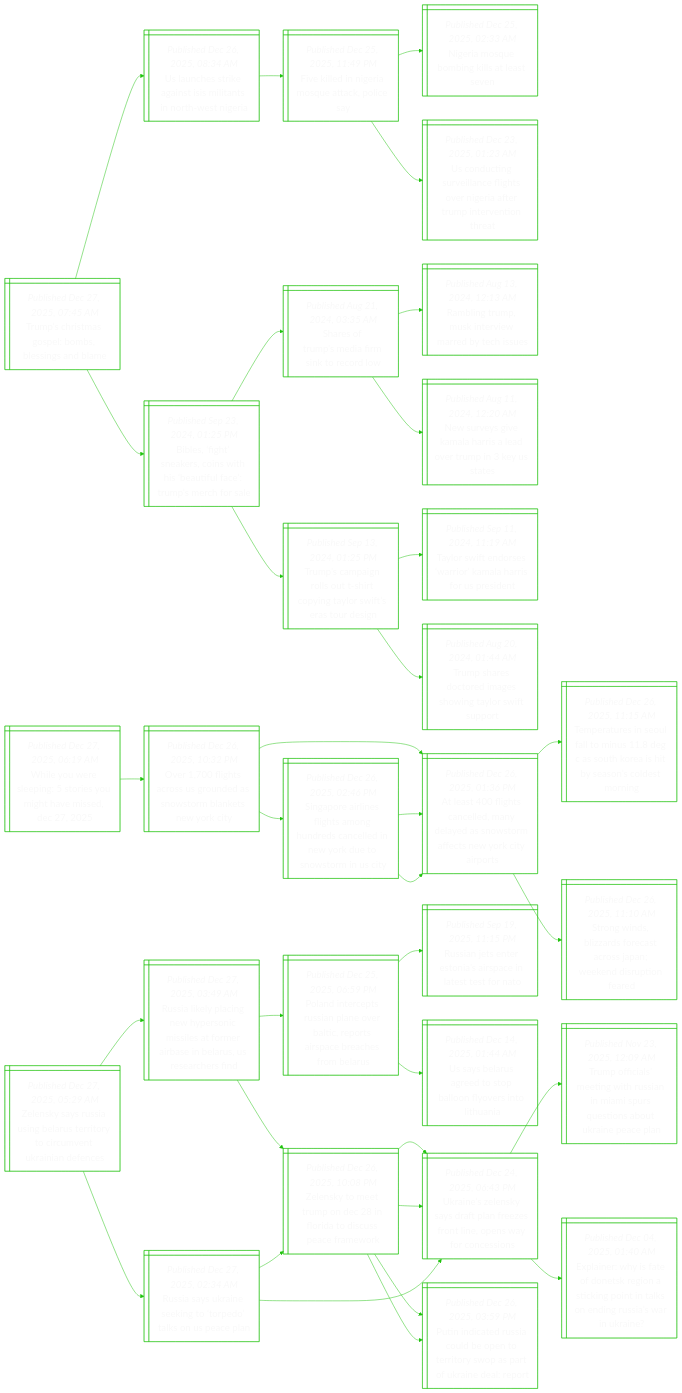
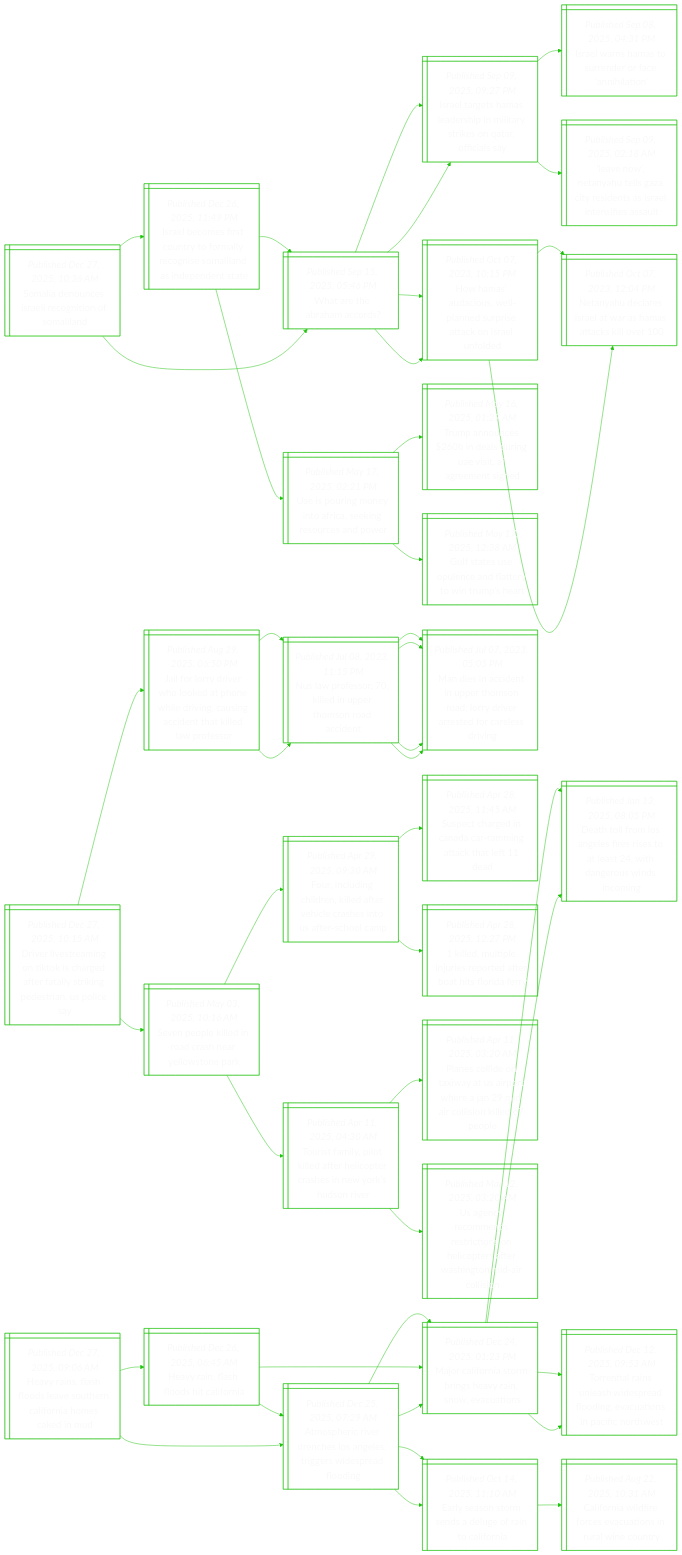
The diagram in README.md (notJmes/notJmes), drawn with Mermaid before and after one commit. The commit also changed other lines of this file, not shown here.

````diff
--- a/README.md
+++ b/README.md
@@ -16,112 +16,139 @@
 flowchart LR
 classDef txtsize font-size:20px;
 
-Tssglssaa@{ shape: win-pane, label: "_Published Dec 27, 2025, 07:45 AM_
-Trump’s christmas gospel: bombs, blessings and blame" }
-UnsenIisrse@{ shape: win-pane, label: "_Published Dec 26, 2025, 08:34 AM_
-Us launches strike against isis militants in north-west nigeria" }
-Fiieoakc@{ shape: win-pane, label: "_Published Dec 25, 2025, 11:49 PM_
-Five killed in nigeria mosque attack, police say" }
-Niqmkase@{ shape: win-pane, label: "_Published Dec 25, 2025, 02:33 AM_
-Nigeria mosque bombing kills at least seven" }
-UdnvalsNiemeth@{ shape: win-pane, label: "_Published Dec 23, 2025, 01:23 AM_
-Us conducting surveillance flights over nigeria after trump intervention threat" }
-Bstkoistfrmfl@{ shape: win-pane, label: "_Published Sep 23, 2024, 01:25 PM_
-Bibles, ‘fight’ sneakers, coins with his ‘beautiful face’: trump’s merch for sale" }
-Ssueinel@{ shape: win-pane, label: "_Published Aug 21, 2024, 03:35 AM_
-Shares of trump’s media firm sink to record low" }
-Riusewees@{ shape: win-pane, label: "_Published Aug 13, 2024, 12:13 AM_
-Rambling trump, musk interview marred by tech issues" }
-NrgaHsdTiUt@{ shape: win-pane, label: "_Published Aug 11, 2024, 12:20 AM_
-New surveys give kamala harris a lead over trump in 3 key us states" }
-TsaouipTrtsdn@{ shape: win-pane, label: "_Published Sep 13, 2024, 01:25 PM_
-Trump’s campaign rolls out t-shirt copying taylor swift’s eras tour design" }
-Trtrarlrren@{ shape: win-pane, label: "_Published Sep 11, 2024, 11:19 AM_
-Taylor swift endorses ‘warrior’ kamala harris for us president" }
-Tssomsnlip@{ shape: win-pane, label: "_Published Aug 20, 2024, 01:44 AM_
-Trump shares doctored images showing taylor swift support" }
+Siosectfld@{ shape: win-pane, label: "_Published Dec 27, 2025, 10:36 AM_
+Somalia denounces israeli recognition of somaliland" }
+Ilmrutmrnolspnt@{ shape: win-pane, label: "_Published Dec 26, 2025, 11:49 PM_
+Israel becomes first country to formally recognise somaliland as independent state" }
+WrAao@{ shape: win-pane, label: "_Published Sep 15, 2025, 05:46 PM_
+What are the abraham accords?" }
+Ilemahmaroais@{ shape: win-pane, label: "_Published Sep 09, 2025, 09:27 PM_
+Israel targets hamas leadership in military strikes on qatar, officials say" }
+Hmdulnrecsud@{ shape: win-pane, label: "_Published Oct 07, 2023, 10:15 PM_
+How hamas’ audacious, well-planned surprise attack on israel unfolded" }
+Upneockecdr@{ shape: win-pane, label: "_Published May 17, 2025, 02:21 PM_
+Uae is pouring money into africa, seeking resources and power" }
+TaniliEtrnn@{ shape: win-pane, label: "_Published May 16, 2025, 01:27 AM_
+Trump announces $260b in deals during uae visit, ai agreement signed" }
+Gtuuelrima@{ shape: win-pane, label: "_Published May 17, 2025, 12:38 AM_
+Gulf states use opulence and flattery to win trump’s heart" }
+WrAao@{ shape: win-pane, label: "_Published Sep 15, 2025, 05:46 PM_
+What are the abraham accords?" }
+Ilemahmaroais@{ shape: win-pane, label: "_Published Sep 09, 2025, 09:27 PM_
+Israel targets hamas leadership in military strikes on qatar, officials say" }
+Ilssreana@{ shape: win-pane, label: "_Published Sep 08, 2025, 04:31 PM_
+Israel warns hamas to surrender or face ‘annihilation’" }
+Lnthlareseeis@{ shape: win-pane, label: "_Published Sep 09, 2025, 02:18 AM_
+‘leave now’, netanyahu tells gaza city residents as israel intensifies assault" }
+Hmdulnrecsud@{ shape: win-pane, label: "_Published Oct 07, 2023, 10:15 PM_
+How hamas’ audacious, well-planned surprise attack on israel unfolded" }
+NyeeawHakl@{ shape: win-pane, label: "_Published Oct 07, 2023, 12:04 PM_
+Netanyahu declares israel at war as hamas attacks kill over 100" }
+NyeeawHakl@{ shape: win-pane, label: "_Published Oct 07, 2023, 12:04 PM_
+Netanyahu declares israel at war as hamas attacks kill over 100" }
 
-Tssglssaa:::txtsize --> UnsenIisrse:::txtsize
-UnsenIisrse:::txtsize --> Fiieoakc:::txtsize
-Fiieoakc:::txtsize --> Niqmkase:::txtsize
-Fiieoakc:::txtsize --> UdnvalsNiemeth:::txtsize
-Tssglssaa:::txtsize --> Bstkoistfrmfl:::txtsize
-Bstkoistfrmfl:::txtsize --> Ssueinel:::txtsize
-Ssueinel:::txtsize --> Riusewees:::txtsize
-Ssueinel:::txtsize --> NrgaHsdTiUt:::txtsize
-Bstkoistfrmfl:::txtsize --> TsaouipTrtsdn:::txtsize
-TsaouipTrtsdn:::txtsize --> Trtrarlrren:::txtsize
-TsaouipTrtsdn:::txtsize --> Tssomsnlip:::txtsize
+Siosectfld:::txtsize --> Ilmrutmrnolspnt:::txtsize
+Ilmrutmrnolspnt:::txtsize --> WrAao:::txtsize
+WrAao:::txtsize --> Ilemahmaroais:::txtsize
+WrAao:::txtsize --> Hmdulnrecsud:::txtsize
+Ilmrutmrnolspnt:::txtsize --> Upneockecdr:::txtsize
+Upneockecdr:::txtsize --> TaniliEtrnn:::txtsize
+Upneockecdr:::txtsize --> Gtuuelrima:::txtsize
+Siosectfld:::txtsize --> WrAao:::txtsize
+WrAao:::txtsize --> Ilemahmaroais:::txtsize
+Ilemahmaroais:::txtsize --> Ilssreana:::txtsize
+Ilemahmaroais:::txtsize --> Lnthlareseeis:::txtsize
+WrAao:::txtsize --> Hmdulnrecsud:::txtsize
+Hmdulnrecsud:::txtsize --> NyeeawHakl:::txtsize
+Hmdulnrecsud:::txtsize --> NyeeawHakl:::txtsize
 
-WYresemhiD@{ shape: win-pane, label: "_Published Dec 27, 2025, 06:19 AM_
-While you were sleeping: 5 stories you might have missed, dec 27, 2025" }
-Olssrenoasot@{ shape: win-pane, label: "_Published Dec 26, 2025, 10:32 PM_
-Over 1,700 flights across us grounded as snowstorm blankets new york city" }
-AsgalnassatYirs@{ shape: win-pane, label: "_Published Dec 26, 2025, 01:36 PM_
-At least 400 flights cancelled, many delayed as snowstorm affects new york city airports" }
-Treeamdshatacsn@{ shape: win-pane, label: "_Published Dec 26, 2025, 11:15 AM_
-Temperatures in seoul fall to minus 11.8 deg c as south korea is hit by season’s coldest morning" }
-Sgszfaraedune@{ shape: win-pane, label: "_Published Dec 26, 2025, 11:10 AM_
-Strong winds, blizzards forecast across japan; weekend disruption feared" }
-Spiegmudcdwdstnt@{ shape: win-pane, label: "_Published Dec 26, 2025, 02:46 PM_
-Singapore airlines flights among hundreds cancelled in new york due to snowstorm in us city" }
-AsgalnassatYirs@{ shape: win-pane, label: "_Published Dec 26, 2025, 01:36 PM_
-At least 400 flights cancelled, many delayed as snowstorm affects new york city airports" }
-AsgalnassatYirs@{ shape: win-pane, label: "_Published Dec 26, 2025, 01:36 PM_
-At least 400 flights cancelled, many delayed as snowstorm affects new york city airports" }
+Drsmnohdrlrgsnla@{ shape: win-pane, label: "_Published Dec 27, 2025, 10:15 AM_
+Driver livestreaming on tiktok is charged after fatally striking pedestrian, us police say" }
+Jorvoehhrgictkdrs@{ shape: win-pane, label: "_Published Aug 29, 2025, 06:50 PM_
+Jail for lorry driver who looked at phone while driving, causing accident that killed law professor" }
+NwekdpoRcn@{ shape: win-pane, label: "_Published Jul 08, 2023, 11:15 PM_
+Nus law professor, 70, killed in upper thomson road accident" }
+Mecnphnldrsoedn@{ shape: win-pane, label: "_Published Jul 07, 2023, 05:05 PM_
+Man dies in accident in upper thomson road; lorry driver arrested for careless driving" }
+Mecnphnldrsoedn@{ shape: win-pane, label: "_Published Jul 07, 2023, 05:05 PM_
+Man dies in accident in upper thomson road; lorry driver arrested for careless driving" }
+NwekdpoRcn@{ shape: win-pane, label: "_Published Jul 08, 2023, 11:15 PM_
+Nus law professor, 70, killed in upper thomson road accident" }
+Mecnphnldrsoedn@{ shape: win-pane, label: "_Published Jul 07, 2023, 05:05 PM_
+Man dies in accident in upper thomson road; lorry driver arrested for careless driving" }
+Mecnphnldrsoedn@{ shape: win-pane, label: "_Published Jul 07, 2023, 05:05 PM_
+Man dies in accident in upper thomson road; lorry driver arrested for careless driving" }
+Speeoaalor@{ shape: win-pane, label: "_Published May 03, 2025, 10:16 AM_
+Seven people killed in road crash near yellowstone park" }
+FniineeirsUeom@{ shape: win-pane, label: "_Published Apr 29, 2025, 09:30 AM_
+Four, including children, killed after vehicle crashes into us after-school camp" }
+Scrndrnaat@{ shape: win-pane, label: "_Published Apr 28, 2025, 11:45 AM_
+Suspect charged in canada car-ramming attack that left 11 dead" }
+kdineoabiof@{ shape: win-pane, label: "_Published Apr 28, 2025, 12:27 PM_
+1 killed, multiple injuries reported after boat hits florida ferry" }
+Tsillfeprswsoe@{ shape: win-pane, label: "_Published Apr 11, 2025, 04:30 AM_
+Tourist family, pilot killed after helicopter crashes in new york’s hudson river" }
+PsitaSoeaalolo@{ shape: win-pane, label: "_Published Apr 11, 2025, 03:20 AM_
+Planes collide on taxiway at us airport where a jan 29 mid-air collision killed 67 people" }
+Uncnstoietstdoi@{ shape: win-pane, label: "_Published Mar 12, 2025, 03:20 AM_
+Us agency recommends restrictions on helicopters after washington mid-air collision" }
 
-WYresemhiD:::txtsize --> Olssrenoasot:::txtsize
-Olssrenoasot:::txtsize --> AsgalnassatYirs:::txtsize
-AsgalnassatYirs:::txtsize --> Treeamdshatacsn:::txtsize
-AsgalnassatYirs:::txtsize --> Sgszfaraedune:::txtsize
-Olssrenoasot:::txtsize --> Spiegmudcdwdstnt:::txtsize
-Spiegmudcdwdstnt:::txtsize --> AsgalnassatYirs:::txtsize
-Spiegmudcdwdstnt:::txtsize --> AsgalnassatYirs:::txtsize
+Drsmnohdrlrgsnla:::txtsize --> Jorvoehhrgictkdrs:::txtsize
+Jorvoehhrgictkdrs:::txtsize --> NwekdpoRcn:::txtsize
+NwekdpoRcn:::txtsize --> Mecnphnldrsoedn:::txtsize
+NwekdpoRcn:::txtsize --> Mecnphnldrsoedn:::txtsize
+Jorvoehhrgictkdrs:::txtsize --> NwekdpoRcn:::txtsize
+NwekdpoRcn:::txtsize --> Mecnphnldrsoedn:::txtsize
+NwekdpoRcn:::txtsize --> Mecnphnldrsoedn:::txtsize
+Drsmnohdrlrgsnla:::txtsize --> Speeoaalor:::txtsize
+Speeoaalor:::txtsize --> FniineeirsUeom:::txtsize
+FniineeirsUeom:::txtsize --> Scrndrnaat:::txtsize
+FniineeirsUeom:::txtsize --> kdineoabiof:::txtsize
+Speeoaalor:::txtsize --> Tsillfeprswsoe:::txtsize
+Tsillfeprswsoe:::txtsize --> PsitaSoeaalolo:::txtsize
+Tsillfeprswsoe:::txtsize --> Uncnstoietstdoi:::txtsize
 
-Zsysilttoutidc@{ shape: win-pane, label: "_Published Dec 27, 2025, 05:29 AM_
-Zelensky says russia using belarus territory to circumvent ukrainian defences" }
-RalceeisamriaSard@{ shape: win-pane, label: "_Published Dec 27, 2025, 03:49 AM_
-Russia likely placing new hypersonic missiles at former airbase in belarus, us researchers find" }
-PdrsiaetpaaesBu@{ shape: win-pane, label: "_Published Dec 25, 2025, 06:59 PM_
-Poland intercepts russian plane over baltic, reports airspace breaches from belarus" }
-Rasrnicatoo@{ shape: win-pane, label: "_Published Sep 19, 2025, 11:15 PM_
-Russian jets enter estonia’s airspace in latest test for nato" }
-Usrrobooiin@{ shape: win-pane, label: "_Published Dec 14, 2025, 01:44 AM_
-Us says belarus agreed to stop balloon flyovers into lithuania" }
-Zsmrnnidscmk@{ shape: win-pane, label: "_Published Dec 26, 2025, 10:08 PM_
-Zelensky to meet trump on dec 28 in florida to discuss peace framework" }
-Unlydprstowren@{ shape: win-pane, label: "_Published Dec 24, 2025, 06:43 PM_
-Ukraine’s zelensky says draft plan freezes front line, opens way for concessions" }
-PiaucbnrrprkeRt@{ shape: win-pane, label: "_Published Dec 26, 2025, 03:59 PM_
-Putin indicated russia could be open to territory swop as part of ukraine deal: report" }
-RaUnkoelUcn@{ shape: win-pane, label: "_Published Dec 27, 2025, 02:34 AM_
-Russia says ukraine seeking to ‘torpedo’ talks on us peace plan" }
-Zsmrnnidscmk@{ shape: win-pane, label: "_Published Dec 26, 2025, 10:08 PM_
-Zelensky to meet trump on dec 28 in florida to discuss peace framework" }
-Unlydprstowren@{ shape: win-pane, label: "_Published Dec 24, 2025, 06:43 PM_
-Ukraine’s zelensky says draft plan freezes front line, opens way for concessions" }
-PiaucbnrrprkeRt@{ shape: win-pane, label: "_Published Dec 26, 2025, 03:59 PM_
-Putin indicated russia could be open to territory swop as part of ukraine deal: report" }
-Unlydprstowren@{ shape: win-pane, label: "_Published Dec 24, 2025, 06:43 PM_
-Ukraine’s zelensky says draft plan freezes front line, opens way for concessions" }
-ToiegRaipuoorpp@{ shape: win-pane, label: "_Published Nov 23, 2025, 12:09 AM_
-Trump officials’ meeting with russian in miami spurs questions about ukraine peace plan" }
-EihaDsitnnannsake@{ shape: win-pane, label: "_Published Dec 04, 2025, 01:40 AM_
-Explainer: why is fate of donetsk region a sticking point in talks on ending russia’s war in ukraine?" }
+Hrffseharoan@{ shape: win-pane, label: "_Published Dec 27, 2025, 09:06 AM_
+Heavy rains, flash floods leave southern california homes caked in mud" }
+Hrllhln@{ shape: win-pane, label: "_Published Dec 26, 2025, 06:45 AM_
+Heavy rain, flash floods hit california" }
+Apcrcoerreao@{ shape: win-pane, label: "_Published Dec 25, 2025, 07:29 AM_
+Atmospheric river drenches los angeles, triggers widespread flooding" }
+MCosbsysvt@{ shape: win-pane, label: "_Published Dec 24, 2025, 01:23 PM_
+Major california storm brings heavy rain, snow, evacuations" }
+Esnmsurofa@{ shape: win-pane, label: "_Published Oct 14, 2025, 11:10 AM_
+Early season storm sends a deluge of rain to california" }
+MCosbsysvt@{ shape: win-pane, label: "_Published Dec 24, 2025, 01:23 PM_
+Major california storm brings heavy rain, snow, evacuations" }
+Dtrslrsashewii@{ shape: win-pane, label: "_Published Jan 13, 2025, 08:05 PM_
+Death toll from los angeles fires rises to at least 24, with dangerous winds incoming" }
+TnruseaoeascNw@{ shape: win-pane, label: "_Published Dec 12, 2025, 09:53 AM_
+Torrential rains unleash widespread flooding, evacuations in pacific northwest" }
+Apcrcoerreao@{ shape: win-pane, label: "_Published Dec 25, 2025, 07:29 AM_
+Atmospheric river drenches los angeles, triggers widespread flooding" }
+MCosbsysvt@{ shape: win-pane, label: "_Published Dec 24, 2025, 01:23 PM_
+Major california storm brings heavy rain, snow, evacuations" }
+Dtrslrsashewii@{ shape: win-pane, label: "_Published Jan 13, 2025, 08:05 PM_
+Death toll from los angeles fires rises to at least 24, with dangerous winds incoming" }
+TnruseaoeascNw@{ shape: win-pane, label: "_Published Dec 12, 2025, 09:53 AM_
+Torrential rains unleash widespread flooding, evacuations in pacific northwest" }
+Esnmsurofa@{ shape: win-pane, label: "_Published Oct 14, 2025, 11:10 AM_
+Early season storm sends a deluge of rain to california" }
+Cowirvtiaet@{ shape: win-pane, label: "_Published Aug 22, 2025, 10:31 AM_
+California wildfire forces evacuations in rural wine country" }
 
-Zsysilttoutidc:::txtsize --> RalceeisamriaSard:::txtsize
-RalceeisamriaSard:::txtsize --> PdrsiaetpaaesBu:::txtsize
-PdrsiaetpaaesBu:::txtsize --> Rasrnicatoo:::txtsize
-PdrsiaetpaaesBu:::txtsize --> Usrrobooiin:::txtsize
-RalceeisamriaSard:::txtsize --> Zsmrnnidscmk:::txtsize
-Zsmrnnidscmk:::txtsize --> Unlydprstowren:::txtsize
-Zsmrnnidscmk:::txtsize --> PiaucbnrrprkeRt:::txtsize
-Zsysilttoutidc:::txtsize --> RaUnkoelUcn:::txtsize
-RaUnkoelUcn:::txtsize --> Zsmrnnidscmk:::txtsize
-Zsmrnnidscmk:::txtsize --> Unlydprstowren:::txtsize
-Zsmrnnidscmk:::txtsize --> PiaucbnrrprkeRt:::txtsize
-RaUnkoelUcn:::txtsize --> Unlydprstowren:::txtsize
-Unlydprstowren:::txtsize --> ToiegRaipuoorpp:::txtsize
-Unlydprstowren:::txtsize --> EihaDsitnnannsake:::txtsize
+Hrffseharoan:::txtsize --> Hrllhln:::txtsize
+Hrllhln:::txtsize --> Apcrcoerreao:::txtsize
+Apcrcoerreao:::txtsize --> MCosbsysvt:::txtsize
+Apcrcoerreao:::txtsize --> Esnmsurofa:::txtsize
+Hrllhln:::txtsize --> MCosbsysvt:::txtsize
+MCosbsysvt:::txtsize --> Dtrslrsashewii:::txtsize
+MCosbsysvt:::txtsize --> TnruseaoeascNw:::txtsize
+Hrffseharoan:::txtsize --> Apcrcoerreao:::txtsize
+Apcrcoerreao:::txtsize --> MCosbsysvt:::txtsize
+MCosbsysvt:::txtsize --> Dtrslrsashewii:::txtsize
+MCosbsysvt:::txtsize --> TnruseaoeascNw:::txtsize
+Apcrcoerreao:::txtsize --> Esnmsurofa:::txtsize
+Esnmsurofa:::txtsize --> Cowirvtiaet:::txtsize
 
 ```
````
